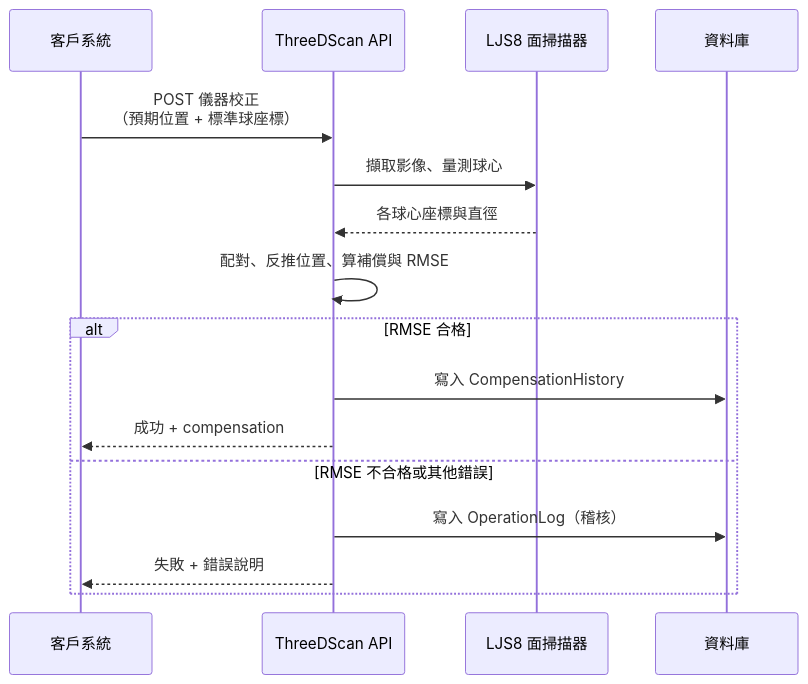
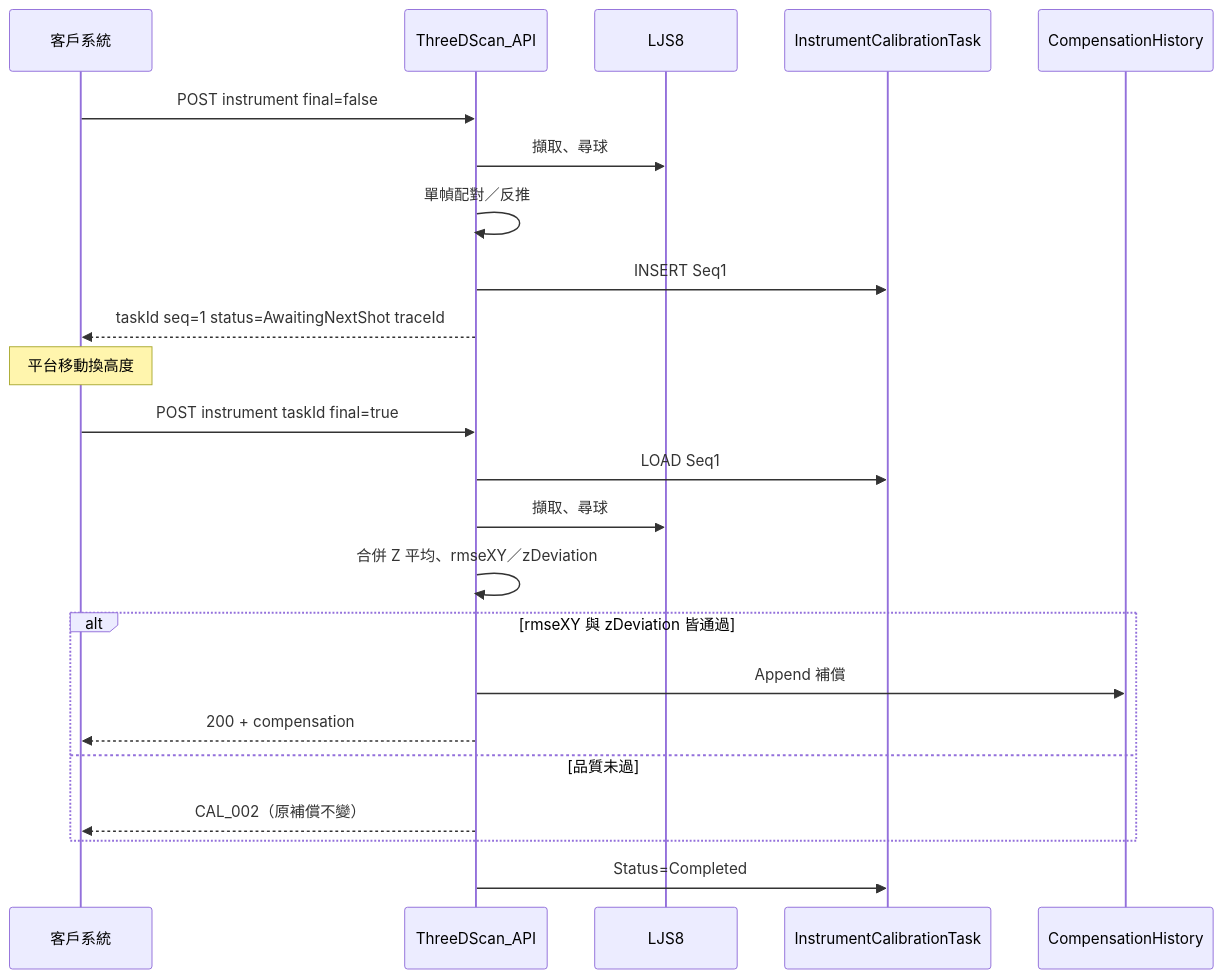
One commit to csbc-github/csbc-sps changed the diagram in docs/說明/UC-01_儀器校正.md. Above: the diagram before and after it, drawn with Mermaid. The commit also changed other lines of this file and 17 other files, not shown here.

````diff
--- a/docs/說明/UC-01_儀器校正.md
+++ b/docs/說明/UC-01_儀器校正.md
@@ -24,19 +24,28 @@
 ```mermaid
 sequenceDiagram
     participant Client as 客戶系統
-    participant API as ThreeDScan API
-    participant Scanner as LJS8 面掃描器
-    participant DB as 資料庫
+    participant API as ThreeDScan_API
+    participant Scanner as LJS8
+    participant Task as InstrumentCalibrationTask
+    participant Hist as CompensationHistory
 
-    Client->>API: POST 儀器校正<br/>（預期位置 + 標準球座標）
-    API->>Scanner: 擷取影像、量測球心
-    Scanner-->>API: 各球心座標與直徑
-    API->>API: 配對、反推位置、算補償與 RMSE
-    alt RMSE 合格
-        API->>DB: 寫入 CompensationHistory
-        API-->>Client: 成功 + compensation
-    else RMSE 不合格或其他錯誤
-        API->>DB: 寫入 OperationLog（稽核）
-        API-->>Client: 失敗 + 錯誤說明
+    Client->>API: POST instrument final=false
+    API->>Scanner: 擷取、尋球
+    API->>API: 單幀配對／反推
+    API->>Task: INSERT Seq1
+    API-->>Client: taskId seq=1 status=AwaitingNextShot traceId
+
+    Note over Client: 平台移動換高度
+
+    Client->>API: POST instrument taskId final=true
+    API->>Task: LOAD Seq1
+    API->>Scanner: 擷取、尋球
+    API->>API: 合併 Z 平均、rmseXY／zDeviation
+    alt rmseXY 與 zDeviation 皆通過
+        API->>Hist: Append 補償
+        API-->>Client: 200 + compensation
+    else 品質未過
+        API-->>Client: CAL_002（原補償不變）
     end
+    API->>Task: Status=Completed
 ```
````
